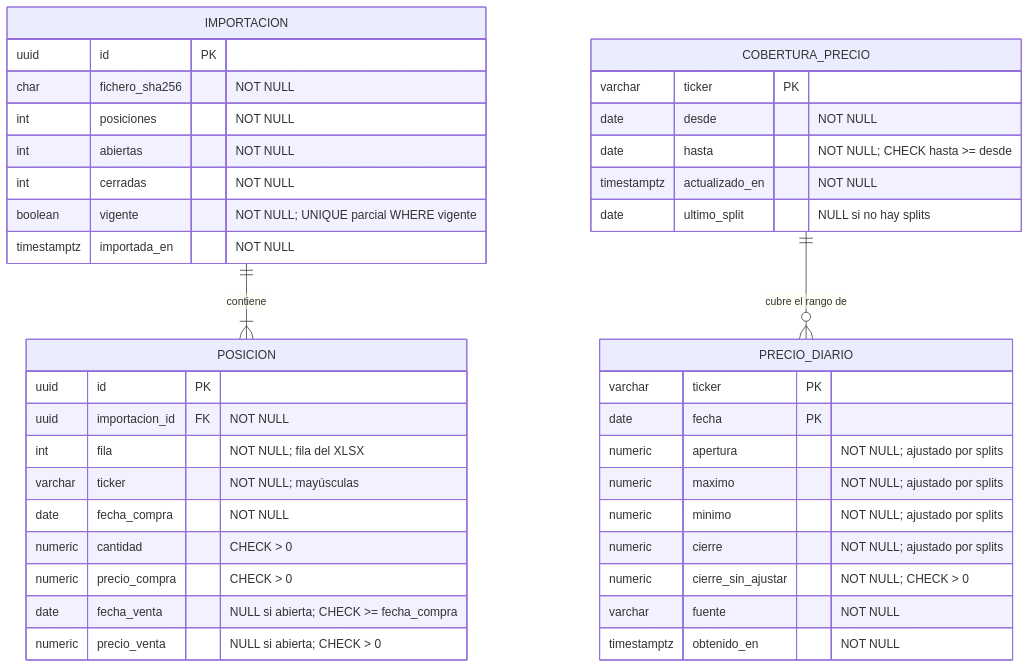
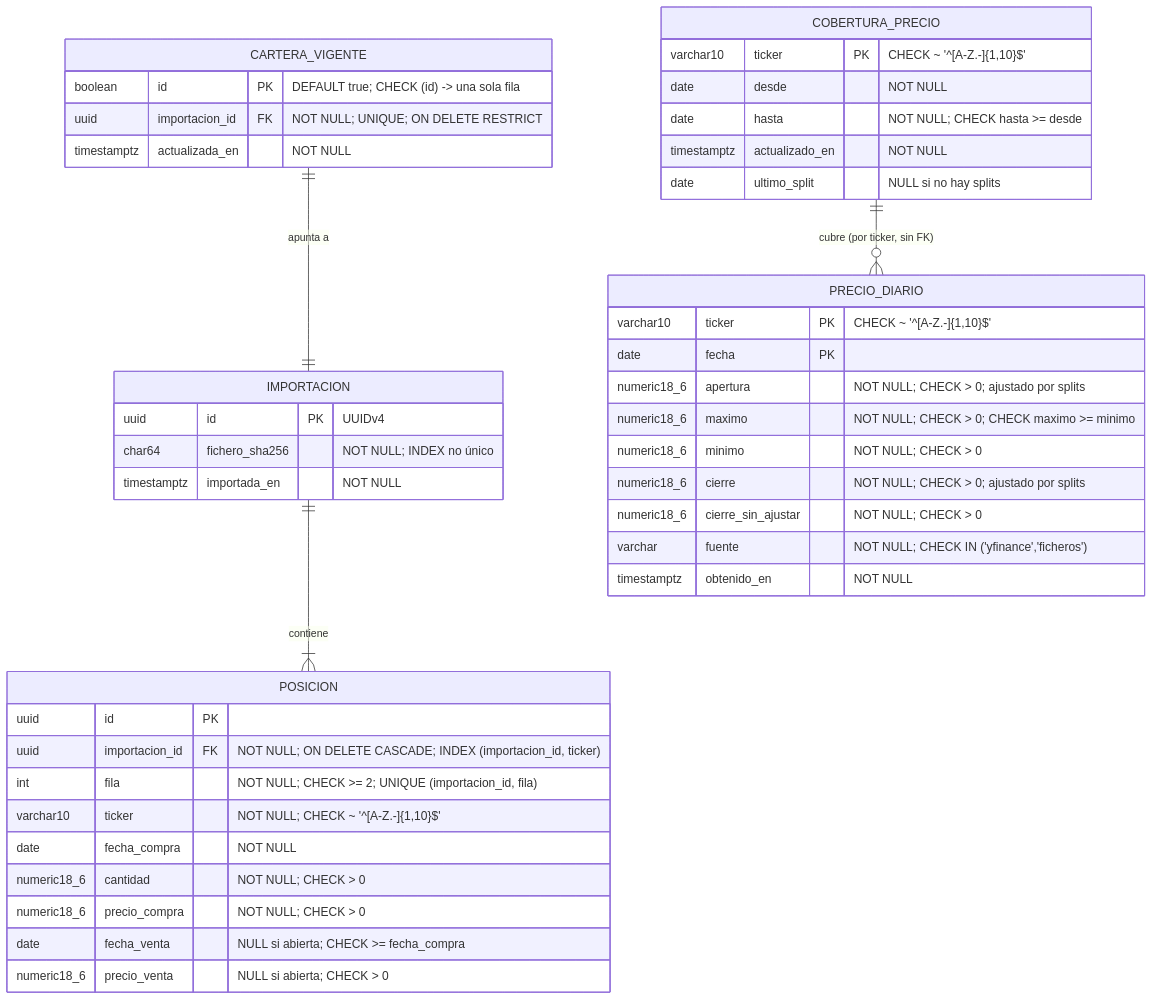
One commit to mobiletestapplication/AI4Devs-finalproject changed the fourth of 4 diagrams in readme.md. Above: the diagram before and after it, drawn with Mermaid. The commit also changed other lines of this file and 7 other files, not shown here.

````diff
--- a/readme.md
+++ b/readme.md
@@ -632,44 +636,46 @@
 ```mermaid
 erDiagram
+    CARTERA_VIGENTE ||--|| IMPORTACION : "apunta a"
     IMPORTACION ||--|{ POSICION : "contiene"
+    COBERTURA_PRECIO ||--o{ PRECIO_DIARIO : "cubre (por ticker, sin FK)"
 
+    CARTERA_VIGENTE {
+        boolean id PK "DEFAULT true; CHECK (id) -> una sola fila"
+        uuid importacion_id FK "NOT NULL; UNIQUE; ON DELETE RESTRICT"
+        timestamptz actualizada_en "NOT NULL"
+    }
     IMPORTACION {
-        uuid id PK
-        char fichero_sha256 "NOT NULL"
-        int posiciones "NOT NULL"
-        int abiertas "NOT NULL"
-        int cerradas "NOT NULL"
-        boolean vigente "NOT NULL; UNIQUE parcial WHERE vigente"
+        uuid id PK "UUIDv4"
+        char64 fichero_sha256 "NOT NULL; INDEX no único"
         timestamptz importada_en "NOT NULL"
     }
     POSICION {
         uuid id PK
-        uuid importacion_id FK "NOT NULL"
-        int fila "NOT NULL; fila del XLSX"
-        varchar ticker "NOT NULL; mayúsculas"
+        uuid importacion_id FK "NOT NULL; ON DELETE CASCADE; INDEX (importacion_id, ticker)"
+        int fila "NOT NULL; CHECK >= 2; UNIQUE (importacion_id, fila)"
+        varchar10 ticker "NOT NULL; CHECK ~ '^[A-Z.-]{1,10}$'"
         date fecha_compra "NOT NULL"
-        numeric cantidad "CHECK > 0"
-        numeric precio_compra "CHECK > 0"
+        numeric18_6 cantidad "NOT NULL; CHECK > 0"
+        numeric18_6 precio_compra "NOT NULL; CHECK > 0"
         date fecha_venta "NULL si abierta; CHECK >= fecha_compra"
-        numeric precio_venta "NULL si abierta; CHECK > 0"
+        numeric18_6 precio_venta "NULL si abierta; CHECK > 0"
     }
     PRECIO_DIARIO {
-        varchar ticker PK
+        varchar10 ticker PK "CHECK ~ '^[A-Z.-]{1,10}$'"
         date fecha PK
-        numeric apertura "NOT NULL; ajustado por splits"
-        numeric maximo "NOT NULL; ajustado por splits"
-        numeric minimo "NOT NULL; ajustado por splits"
-        numeric cierre "NOT NULL; ajustado por splits"
-        numeric cierre_sin_ajustar "NOT NULL; CHECK > 0"
-        varchar fuente "NOT NULL"
+        numeric18_6 apertura "NOT NULL; CHECK > 0; ajustado por splits"
+        numeric18_6 maximo "NOT NULL; CHECK > 0; CHECK maximo >= minimo"
+        numeric18_6 minimo "NOT NULL; CHECK > 0"
+        numeric18_6 cierre "NOT NULL; CHECK > 0; ajustado por splits"
+        numeric18_6 cierre_sin_ajustar "NOT NULL; CHECK > 0"
+        varchar fuente "NOT NULL; CHECK IN ('yfinance','ficheros')"
         timestamptz obtenido_en "NOT NULL"
     }
     COBERTURA_PRECIO {
-        varchar ticker PK
+        varchar10 ticker PK "CHECK ~ '^[A-Z.-]{1,10}$'"
         date desde "NOT NULL"
         date hasta "NOT NULL; CHECK hasta >= desde"
         timestamptz actualizado_en "NOT NULL"
         date ultimo_split "NULL si no hay splits"
     }
-    COBERTURA_PRECIO ||--o{ PRECIO_DIARIO : "cubre el rango de"
 ```
````
